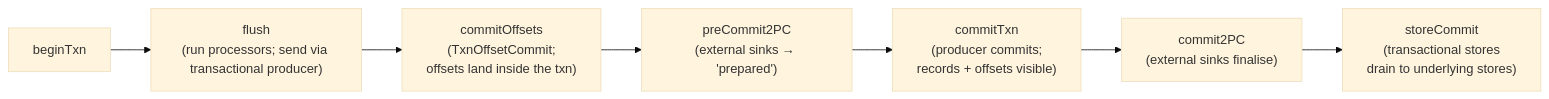
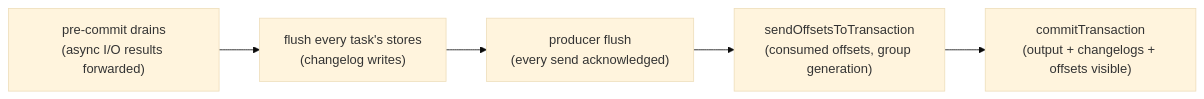
Before and after one commit to iand675/wireform-: the first of 2 diagrams in website/src/content/docs/kafka-streams/operating/exactly-once.md, drawn with Mermaid (base theme). The commit also changed other lines of this file and 39 other files, not shown here.

````diff
--- a/website/src/content/docs/kafka-streams/operating/exactly-once.md
+++ b/website/src/content/docs/kafka-streams/operating/exactly-once.md
@@ -34,9 +57,7 @@
 ```mermaid
 flowchart LR
-  begin["beginTxn"] --> flush["flush\n(run processors; send via transactional producer)"]
-  flush --> off["commitOffsets\n(TxnOffsetCommit;\noffsets land inside the txn)"]
-  off --> pre["preCommit2PC\n(external sinks → 'prepared')"]
-  pre --> ctxn["commitTxn\n(producer commits;\nrecords + offsets visible)"]
-  ctxn --> c2pc["commit2PC\n(external sinks finalise)"]
-  c2pc --> sc["storeCommit\n(transactional stores\ndrain to underlying stores)"]
+  drain["pre-commit drains\n(async I/O results forwarded)"] --> flush["flush every task's stores\n(changelog writes)"]
+  flush --> pf["producer flush\n(every send acknowledged)"]
+  pf --> off["sendOffsetsToTransaction\n(consumed offsets, group generation)"]
+  off --> ctxn["commitTransaction\n(output + changelogs + offsets visible)"]
 ```
````
